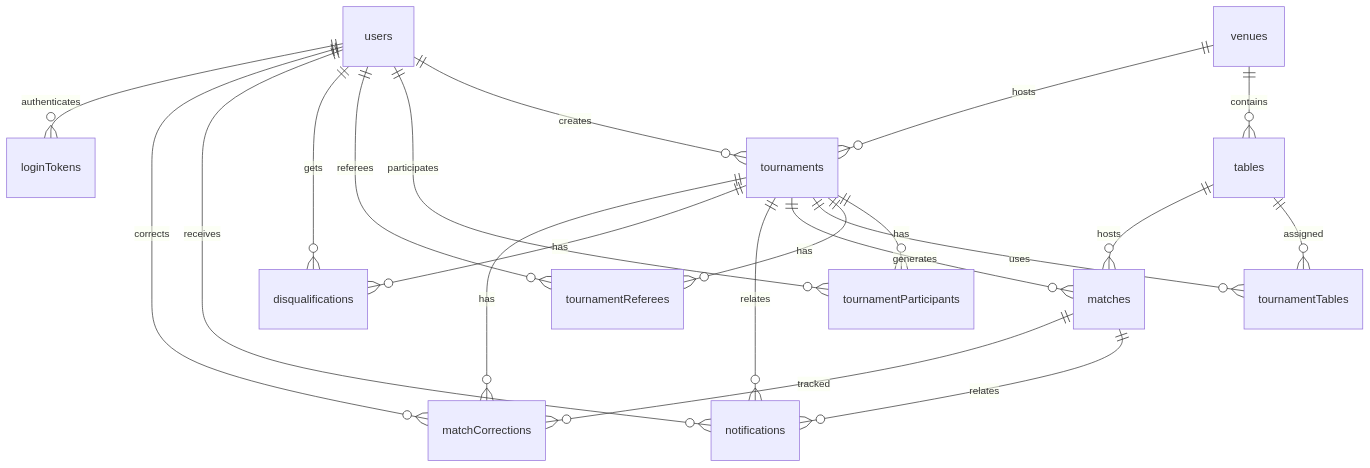
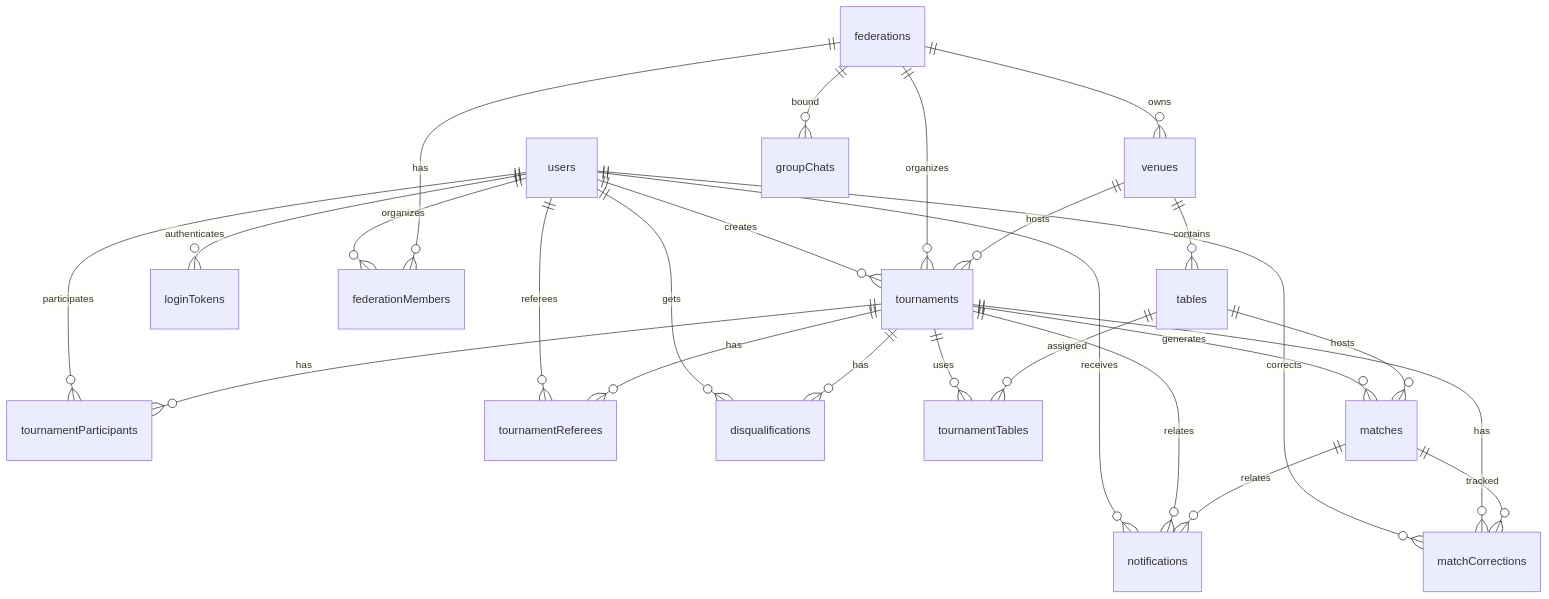
One commit to Vbif322/cue-bot changed the diagram in TECHNICAL_DOCUMENTATION.md. Above: the diagram before and after it, drawn with Mermaid. The commit also changed other lines of this file and 117 other files, not shown here.

````diff
--- a/TECHNICAL_DOCUMENTATION.md
+++ b/TECHNICAL_DOCUMENTATION.md
@@ -199,27 +199,33 @@
 ```mermaid
 erDiagram
     users ||--o{ tournaments : creates
     users ||--o{ tournamentParticipants : participates
     users ||--o{ tournamentReferees : referees
     users ||--o{ disqualifications : gets
     users ||--o{ notifications : receives
     users ||--o{ matchCorrections : corrects
     users ||--o{ loginTokens : authenticates
+    users ||--o{ federationMembers : organizes
+
+    federations ||--o{ federationMembers : has
+    federations ||--o{ tournaments : organizes
+    federations ||--o{ venues : owns
+    federations ||--o{ groupChats : bound
 
     venues ||--o{ tables : contains
     venues ||--o{ tournaments : hosts
 
     tournaments ||--o{ tournamentParticipants : has
     tournaments ||--o{ tournamentReferees : has
     tournaments ||--o{ tournamentTables : uses
     tournaments ||--o{ matches : generates
     tournaments ||--o{ notifications : relates
     tournaments ||--o{ disqualifications : has
     tournaments ||--o{ matchCorrections : has
 
     tables ||--o{ tournamentTables : assigned
     tables ||--o{ matches : hosts
 
     matches ||--o{ notifications : relates
     matches ||--o{ matchCorrections : tracked
 ```
````
